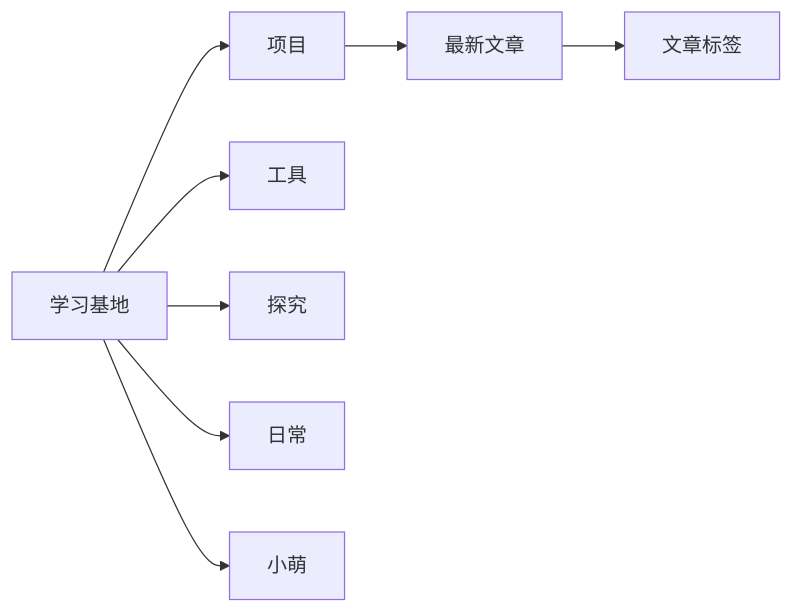
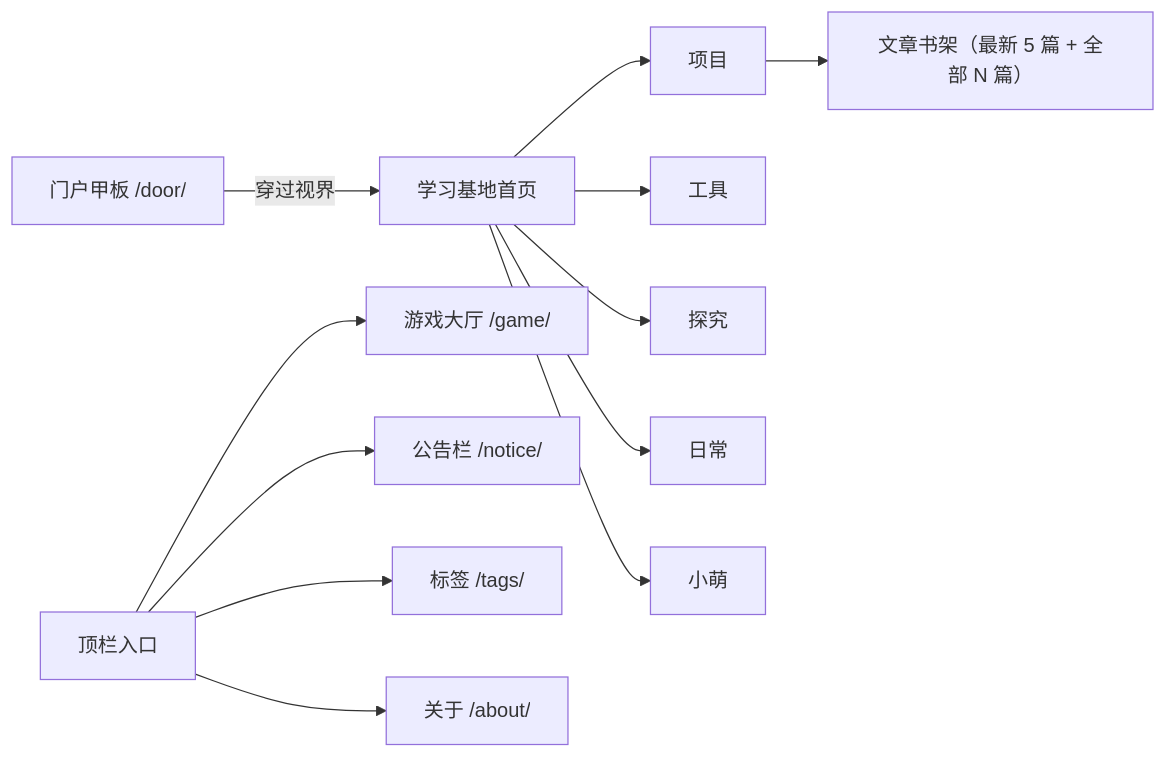
Before and after one commit to pluchon/link_cloudfare_website: the first of 8 diagrams in src/content/project/硅基计划 个人网站项目 Cloudfare&GitHub仓库纯前端静态托管个人网站.md, drawn with Mermaid. The commit also changed other lines of this file and 13 other files, not shown here.

````diff
--- a/src/content/project/硅基计划 个人网站项目 Cloudfare&GitHub仓库纯前端静态托管个人网站.md
+++ b/src/content/project/硅基计划 个人网站项目 Cloudfare&GitHub仓库纯前端静态托管个人网站.md
@@ -23,10 +23,7 @@
 ```mermaid
 flowchart LR
-    Home[学习基地] --> Project[项目]
-    Home --> Tool[工具]
-    Home --> Explore[探究]
-    Home --> Daily[日常]
-    Home --> Xiaomeng[小萌]
-    Project --> Articles[最新文章]
-    Articles --> Tags[文章标签]
+    Door["门户甲板 /door/"] -->|穿过视界| Home[学习基地首页]
+    Home --> Project[项目] & Tool[工具] & Explore[探究] & Daily[日常] & Xiaomeng[小萌]
+    Project --> Shelf["文章书架（最新 5 篇 + 全部 N 篇）"]
+    TopBar[顶栏入口] --> Game["游戏大厅 /game/"] & Notice["公告栏 /notice/"] & Tags["标签 /tags/"] & About["关于 /about/"]
 ```
````
